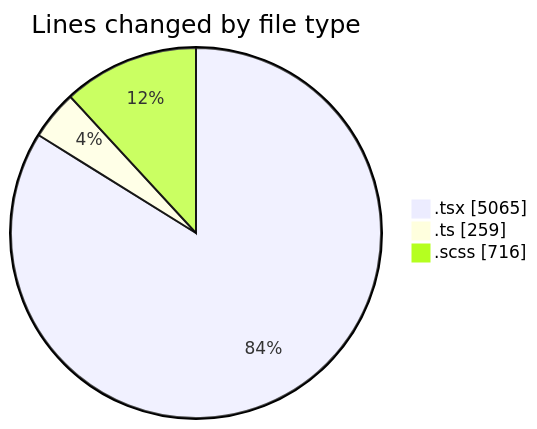
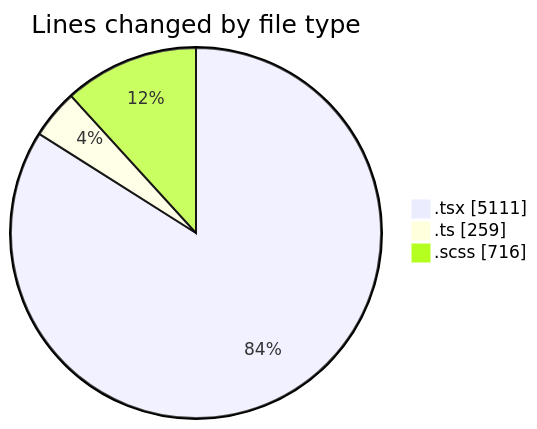
One commit to momahboobian/code-tracking changed the first of 2 diagrams in 2025-09-15/cda/README.md. Above: the diagram before and after it, drawn with Mermaid. The commit also changed other lines of this file and 1 other file, not shown here.

````diff
--- a/2025-09-15/cda/README.md
+++ b/2025-09-15/cda/README.md
@@ -27,7 +27,7 @@
 ```mermaid
 pie showData
 title Lines changed by file type
-".tsx" : 5065
+".tsx" : 5111
 ".ts" : 259
 ".scss" : 716
 ```
````
